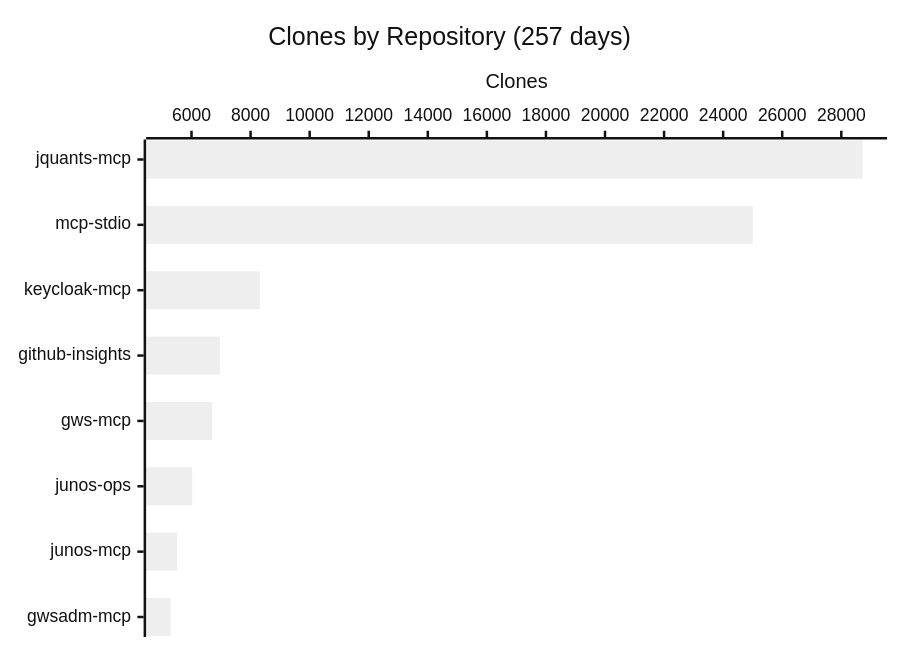
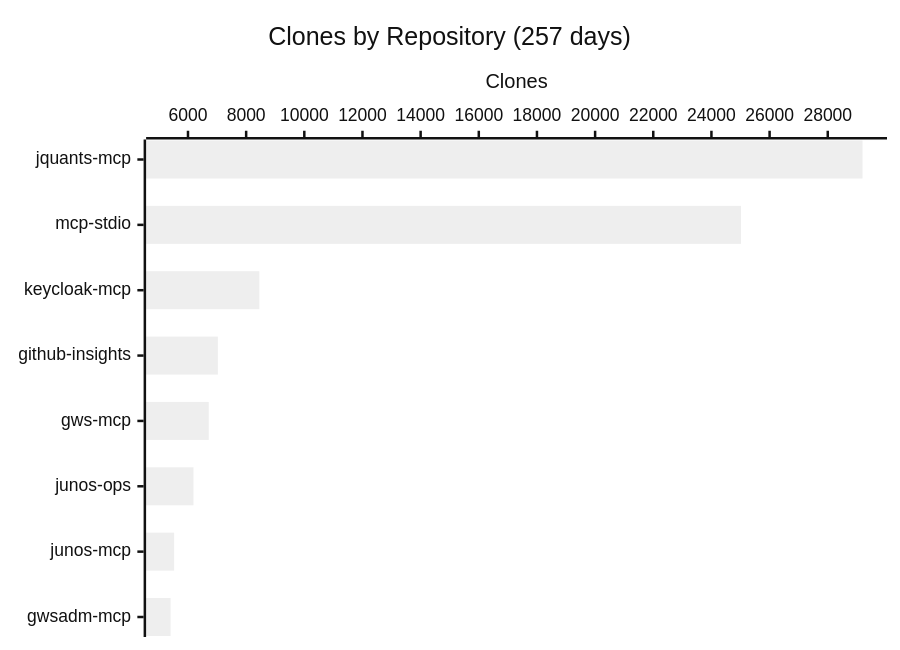
One commit to shigechika/github-insights changed the fourth of 4 diagrams in README.md. Above: the diagram before and after it, drawn with Mermaid (neutral theme). The commit also changed other lines of this file and 1 other file, not shown here.

````diff
--- a/README.md
+++ b/README.md
@@ -58,7 +58,7 @@
 ```mermaid
 xychart-beta horizontal
     title "Clones by Repository (257 days)"
     x-axis ["jquants-mcp", "mcp-stdio", "keycloak-mcp", "github-insights", "gws-mcp", "junos-ops", "junos-mcp", "gwsadm-mcp"]
     y-axis "Clones"
-    bar [28719, 25003, 8313, 6958, 6703, 6022, 5515, 5291]
+    bar [29196, 25016, 8454, 7028, 6713, 6189, 5523, 5401]
 ```
````
